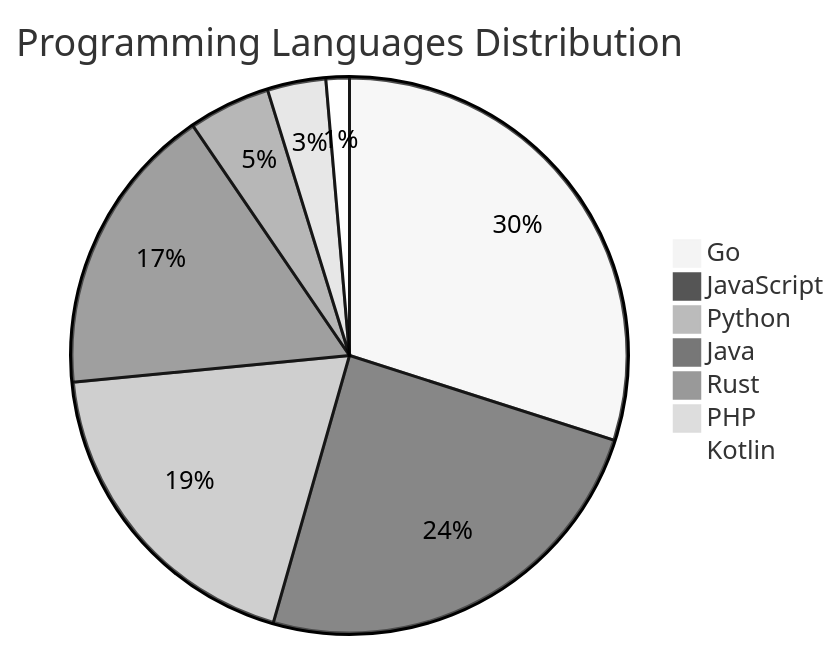
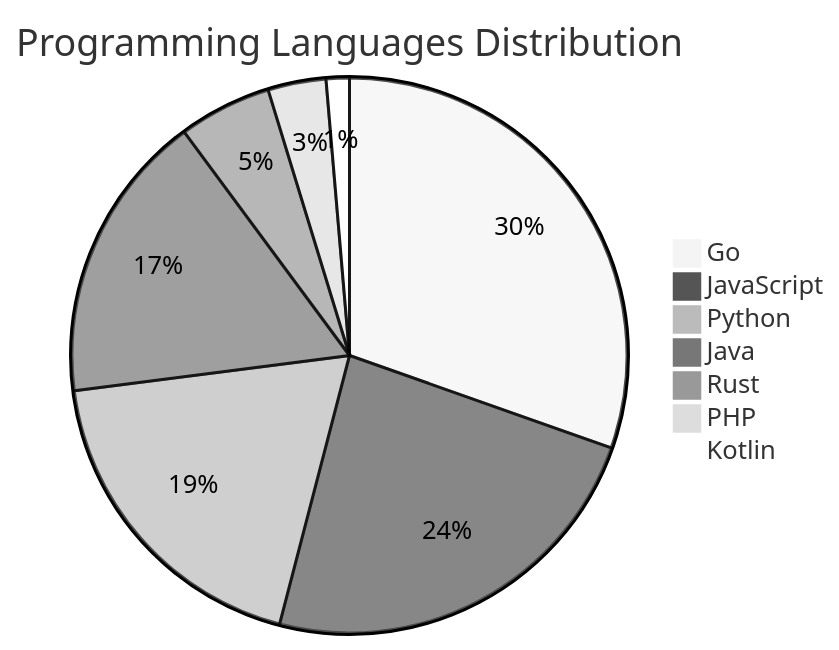
One commit to Derrick-MUGISHA/github-activity-bot changed the diagram in README.md. Above: the diagram before and after it, drawn with Mermaid (neutral theme). The commit also changed other lines of this file and 4 other files, not shown here.

````diff
--- a/README.md
+++ b/README.md
@@ -207,10 +207,10 @@
 ```mermaid
 pie title Programming Languages Distribution
-    "Go" : 44
-    "JavaScript" : 36
+    "Go" : 45
+    "JavaScript" : 35
     "Python" : 28
     "Java" : 25
-    "Rust" : 7
+    "Rust" : 8
     "PHP" : 5
     "Kotlin" : 2
 ```
````
